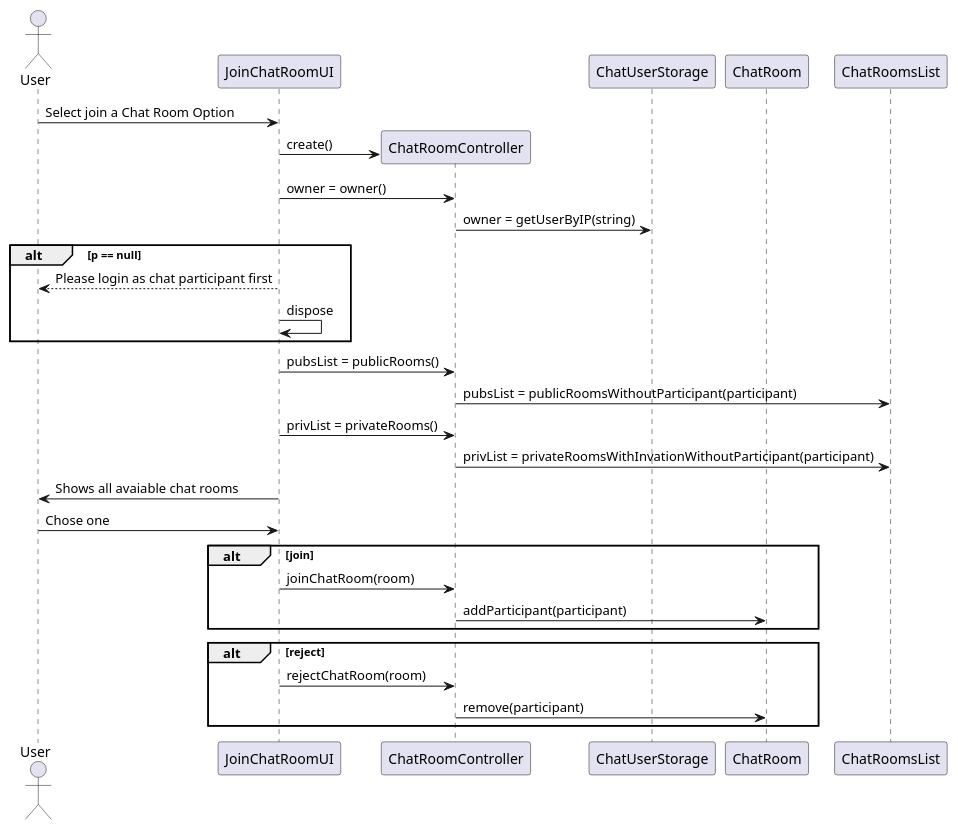
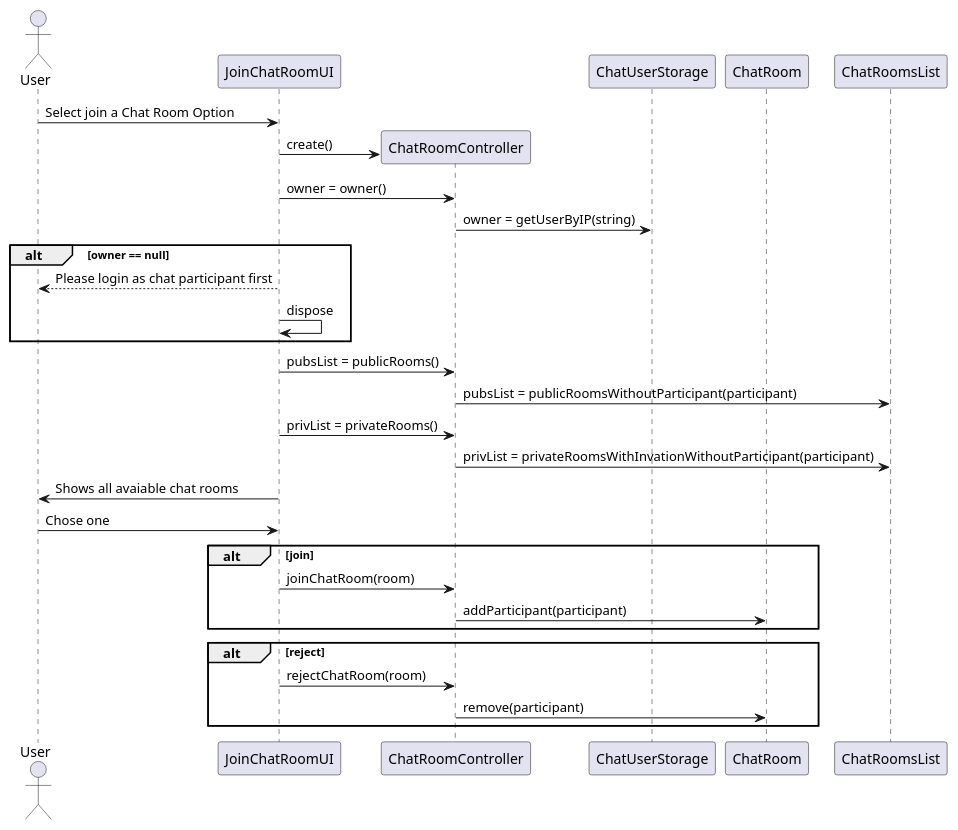
One commit to PeFerreira98/ISEP.Lic.LAPR4_2017 changed the diagram in src/main/java/lapr4/red/s3/ipc/n1140388/chatrooms/design_joinChatRoom_ipc05.3.puml. Above: the diagram before and after it, drawn with PlantUML. The commit also changed 6 other files, not shown here.

```diff
--- a/src/main/java/lapr4/red/s3/ipc/n1140388/chatrooms/design_joinChatRoom_ipc05.3.puml
+++ b/src/main/java/lapr4/red/s3/ipc/n1140388/chatrooms/design_joinChatRoom_ipc05.3.puml
@@ -1,46 +1,46 @@
 @startuml design_joinChatRoom_ipc05.3.png
 actor User
 participant "JoinChatRoomUI" as pui
 participant "ChatRoomController" as pctrl
 participant "ChatUserStorage" as p
 participant "ChatRoom" as chatR
 participant "ChatRoomsList" as chatRL
 
 
 User -> pui: Select join a Chat Room Option
 
 create pctrl
 pui -> pctrl: create()
 
 
 pui -> pctrl : owner = owner()
 pctrl -> p : owner = getUserByIP(string)
 
-alt p == null
+alt owner == null
     User <-- pui : Please login as chat participant first
     pui -> pui : dispose
 end alt
 
 
 
 pui -> pctrl : pubsList = publicRooms()
 pctrl -> chatRL : pubsList = publicRoomsWithoutParticipant(participant)
 pui -> pctrl : privList = privateRooms()
 pctrl -> chatRL : privList = privateRoomsWithInvationWithoutParticipant(participant)
 
 pui -> User : Shows all avaiable chat rooms
 
 User -> pui : Chose one
 
 alt join
 pui -> pctrl : joinChatRoom(room)
 
 pctrl -> chatR : addParticipant(participant)
 end
 
 alt reject
 pui -> pctrl : rejectChatRoom(room)
 
 pctrl -> chatR : remove(participant)
 end
 @enduml
```
